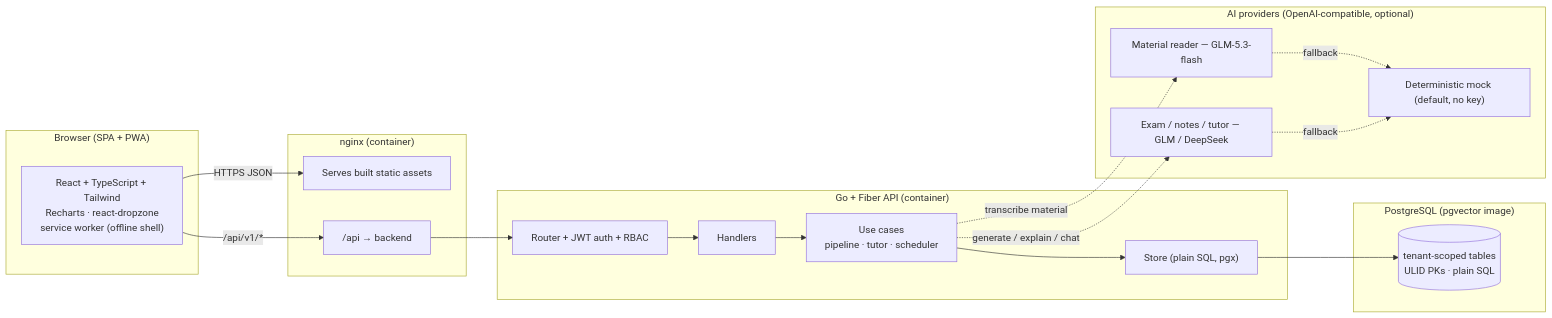
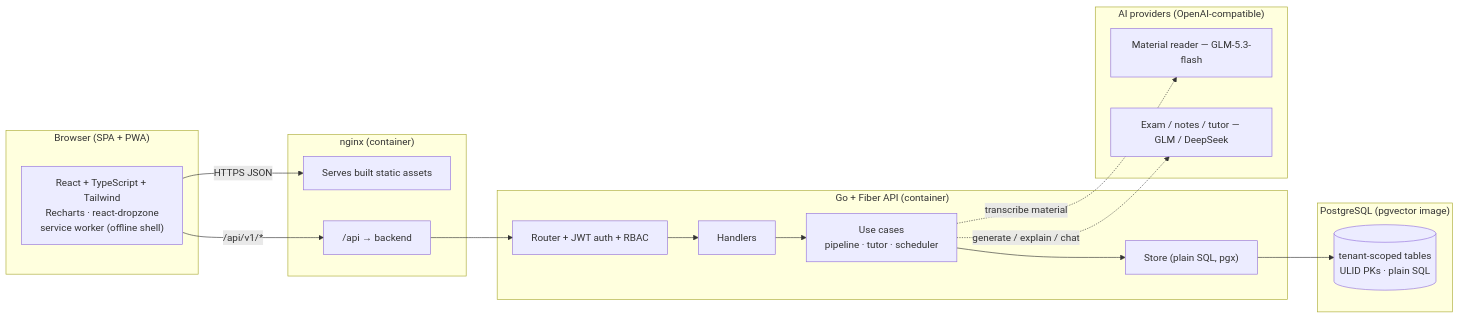
The first of 8 diagrams in docs/TECHNICAL.md (akbarharyadi/homework-studio), drawn with Mermaid before and after one commit. The commit also changed other lines of this file and 17 other files, not shown here.

````diff
--- a/docs/TECHNICAL.md
+++ b/docs/TECHNICAL.md
@@ -32,35 +32,32 @@
 ```mermaid
 flowchart LR
     subgraph Client["Browser (SPA + PWA)"]
         UI["React + TypeScript + Tailwind<br/>Recharts · react-dropzone<br/>service worker (offline shell)"]
     end
 
     subgraph Edge["nginx (container)"]
         STATIC["Serves built static assets"]
         PROXY["/api → backend"]
     end
 
     subgraph API["Go + Fiber API (container)"]
         RT["Router + JWT auth + RBAC"]
         HD["Handlers"]
         UC["Use cases<br/>pipeline · tutor · scheduler"]
         ST["Store (plain SQL, pgx)"]
     end
 
     subgraph Data["PostgreSQL (pgvector image)"]
         PG[("tenant-scoped tables<br/>ULID PKs · plain SQL")]
     end
 
-    subgraph AI["AI providers (OpenAI-compatible, optional)"]
+    subgraph AI["AI providers (OpenAI-compatible)"]
         VIS["Material reader — GLM-5.3-flash"]
         TUT["Exam / notes / tutor — GLM / DeepSeek"]
-        MOCK["Deterministic mock (default, no key)"]
     end
 
     UI -->|HTTPS JSON| STATIC
     UI -->|/api/v1/*| PROXY --> RT --> HD --> UC --> ST --> PG
     UC -.->|transcribe material| VIS
     UC -.->|generate / explain / chat| TUT
-    VIS -. fallback .-> MOCK
-    TUT -. fallback .-> MOCK
 ```
````
